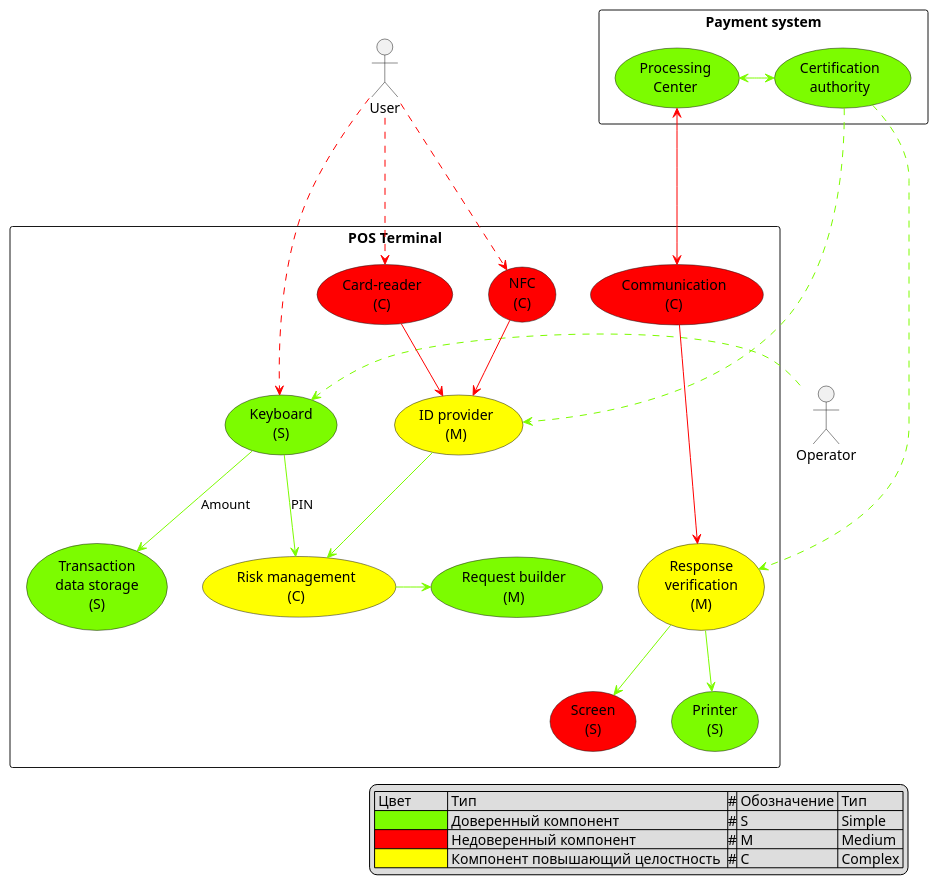
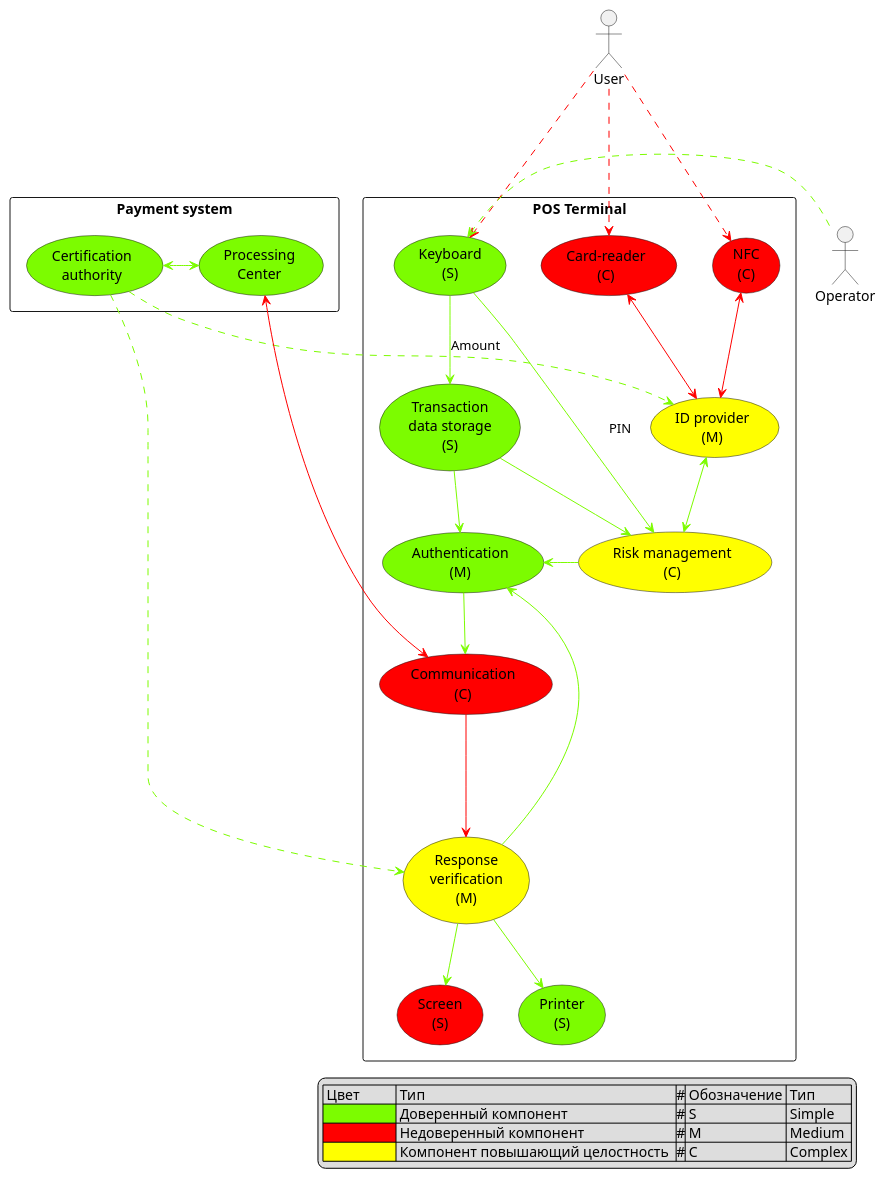
One commit to BardinPetr/-cyberimmune-course-homework-2 changed the diagram in docs/hla.puml. Above: the diagram before and after it, drawn with PlantUML. The commit also changed 2 other files, not shown here.

```diff
--- a/docs/hla.puml
+++ b/docs/hla.puml
@@ -1,61 +1,65 @@
 @startuml
 
 actor User as U
 actor Operator as O
 
 rectangle "Payment system" {
     usecase "Certification\nauthority" as CA #lawngreen
     usecase "Processing\nCenter" as proc #lawngreen
 
     proc <-[#lawngreen]> CA
 }
 
 rectangle "POS Terminal" {
     usecase "Communication\n(C)" as comm #red
     usecase "Screen\n(S)" as screen #red
     usecase "NFC\n(C)" as nfc #red
     usecase "Card-reader\n(C)" as card #red
 '    usecase "Power control" as batt #red
 '    usecase "Central system" as central #red
 
     usecase "Response\nverification\n(M)" as ver #yellow
     usecase "ID provider\n(M)" as idp #yellow
     usecase "Risk management\n(C)" as rm #yellow
 
     usecase "Printer\n(S)" as printer #lawngreen
     usecase "Keyboard\n(S)" as kb #lawngreen
-    usecase "Request builder\n(M)" as rb #lawngreen
+    usecase "Authentication\n(M)" as auth #lawngreen
     usecase "Transaction\ndata storage\n(S)" as tds #lawngreen
 }
 
 CA .[#lawngreen].> ver
 CA .[#lawngreen].> idp
 
 U ...[#red]> nfc
 U ..[#red]> card
 U ..[#red]> kb
 O .[#lawngreen]> kb
 
-nfc  --[#red]> idp
-card --[#red]> idp
+nfc  <--[#red]> idp
+card <--[#red]> idp
 
 kb -[#lawngreen]-> tds : Amount
-kb -[#lawngreen]-> rm : PIN
+kb --[#lawngreen]-> rm : PIN
 
-idp -[#lawngreen]-> rm
+tds --[#lawngreen]> rm
+idp <--[#lawngreen]> rm
 
-rm -[#lawngreen]> rb
+tds --[#lawngreen]> auth
+rm -[#lawngreen]> auth
+auth --[#lawngreen]> comm
+ver --[#lawngreen]> auth
 
 proc <--[#red]-> comm
 comm --[#red]-> ver
 ver --[#lawngreen]> printer
 ver --[#lawngreen]> screen
 
 legend right
 | Цвет          | Тип                               |#| Обозначение | Тип |
 | <#lawngreen>  | Доверенный компонент              |#| S | Simple |
 | <#red>        | Недоверенный компонент            |#| M | Medium |
 | <#yellow>     | Компонент повышающий целостность  |#| C | Complex |
 end legend
 
 @enduml
```
